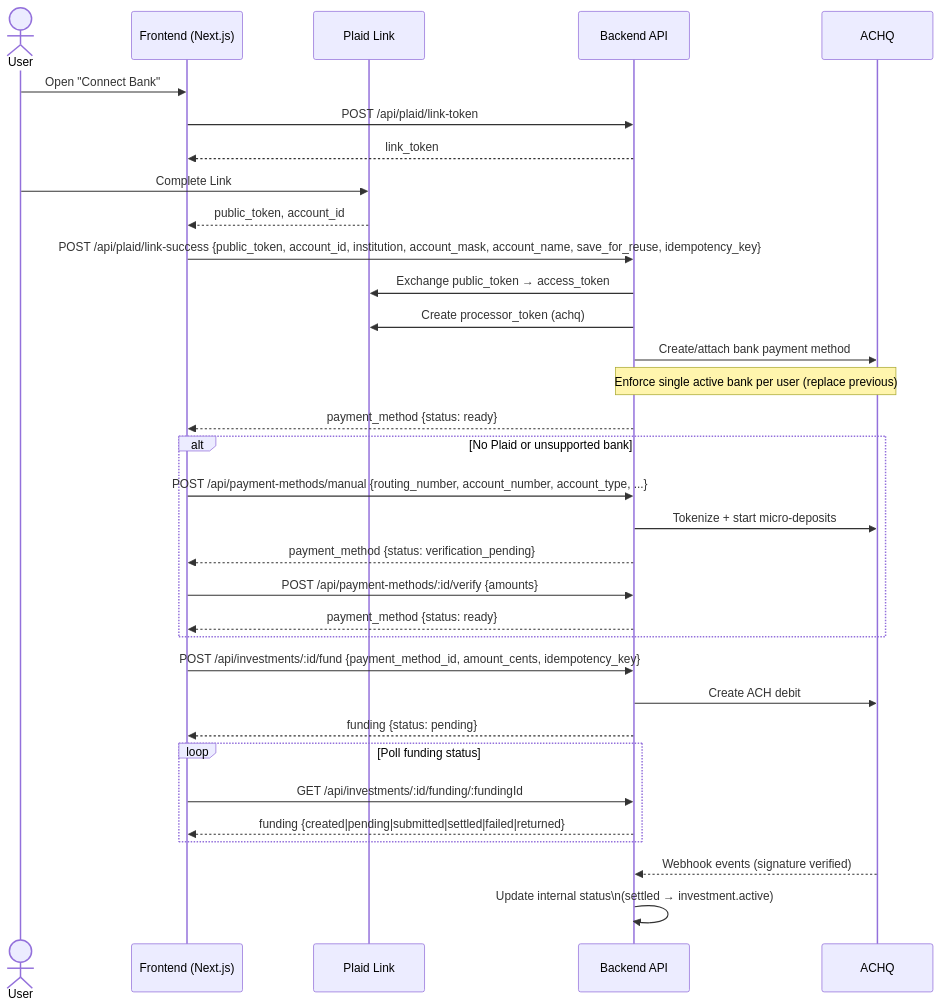
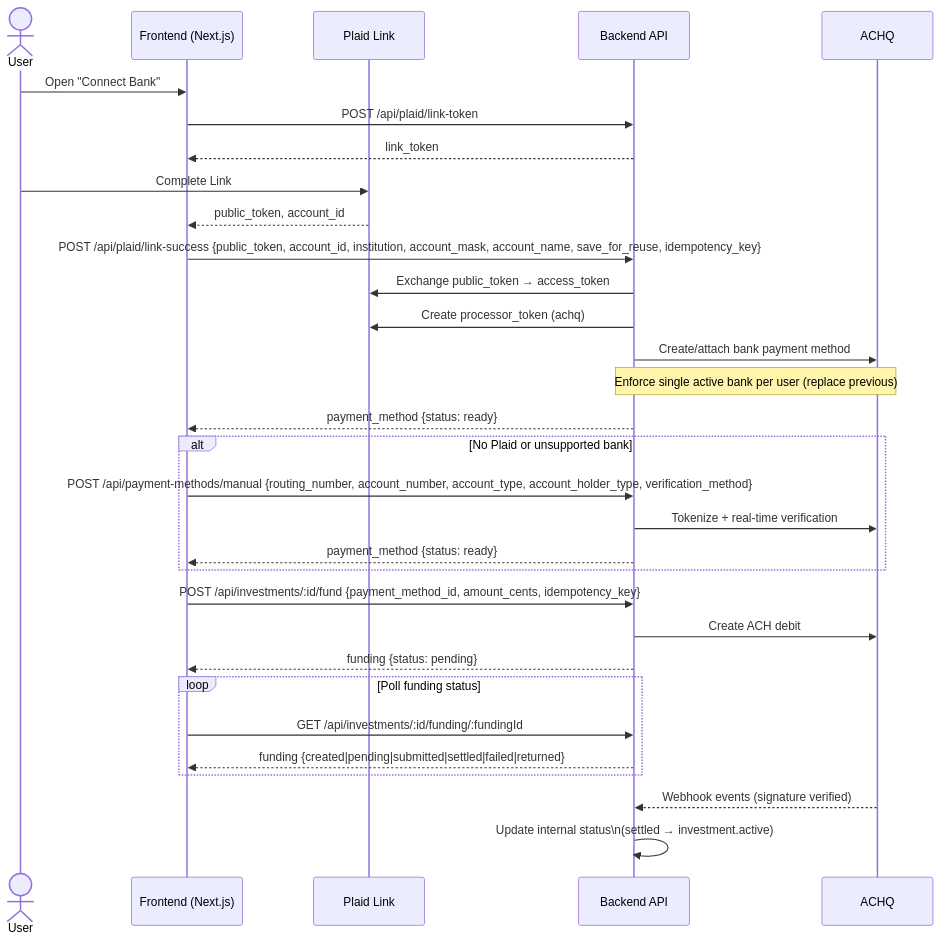
The diagram in docs/plaid-achq-contract.md (robertventures/investor-desk-frontend), drawn with Mermaid before and after one commit. The commit also changed other lines of this file and 9 other files, not shown here.

First line of the commit message:
Implement real-time bank account verification in BankConnectionModal and remove micro-deposit verification logic

````diff
--- a/docs/plaid-achq-contract.md
+++ b/docs/plaid-achq-contract.md
@@ -10,39 +10,37 @@
 ```mermaid
 sequenceDiagram
     actor User
     participant FE as Frontend (Next.js)
     participant Plaid as Plaid Link
     participant BE as Backend API
     participant ACHQ
 
     User->>FE: Open "Connect Bank"
     FE->>BE: POST /api/plaid/link-token
     BE-->>FE: link_token
     User->>Plaid: Complete Link
     Plaid-->>FE: public_token, account_id
 
     FE->>BE: POST /api/plaid/link-success {public_token, account_id, institution, account_mask, account_name, save_for_reuse, idempotency_key}
     BE->>Plaid: Exchange public_token → access_token
     BE->>Plaid: Create processor_token (achq)
     BE->>ACHQ: Create/attach bank payment method
     Note over BE,ACHQ: Enforce single active bank per user (replace previous)
     BE-->>FE: payment_method {status: ready}
 
     alt No Plaid or unsupported bank
-        FE->>BE: POST /api/payment-methods/manual {routing_number, account_number, account_type, ...}
-        BE->>ACHQ: Tokenize + start micro-deposits
-        BE-->>FE: payment_method {status: verification_pending}
-        FE->>BE: POST /api/payment-methods/:id/verify {amounts}
+        FE->>BE: POST /api/payment-methods/manual {routing_number, account_number, account_type, account_holder_type, verification_method}
+        BE->>ACHQ: Tokenize + real-time verification
         BE-->>FE: payment_method {status: ready}
     end
 
     FE->>BE: POST /api/investments/:id/fund {payment_method_id, amount_cents, idempotency_key}
     BE->>ACHQ: Create ACH debit
     BE-->>FE: funding {status: pending}
     loop Poll funding status
         FE->>BE: GET /api/investments/:id/funding/:fundingId
         BE-->>FE: funding {created|pending|submitted|settled|failed|returned}
     end
     ACHQ-->>BE: Webhook events (signature verified)
     BE->>BE: Update internal status\n(settled → investment.active)
 ```
````
